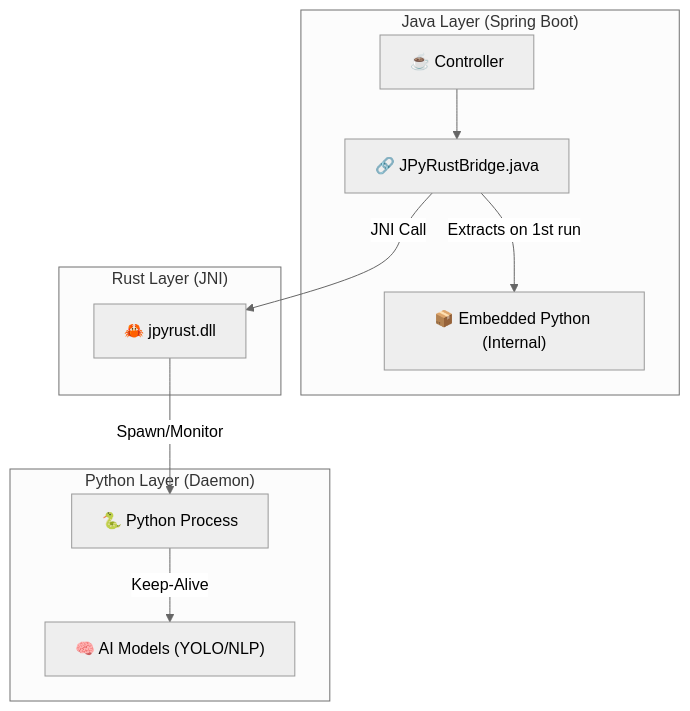
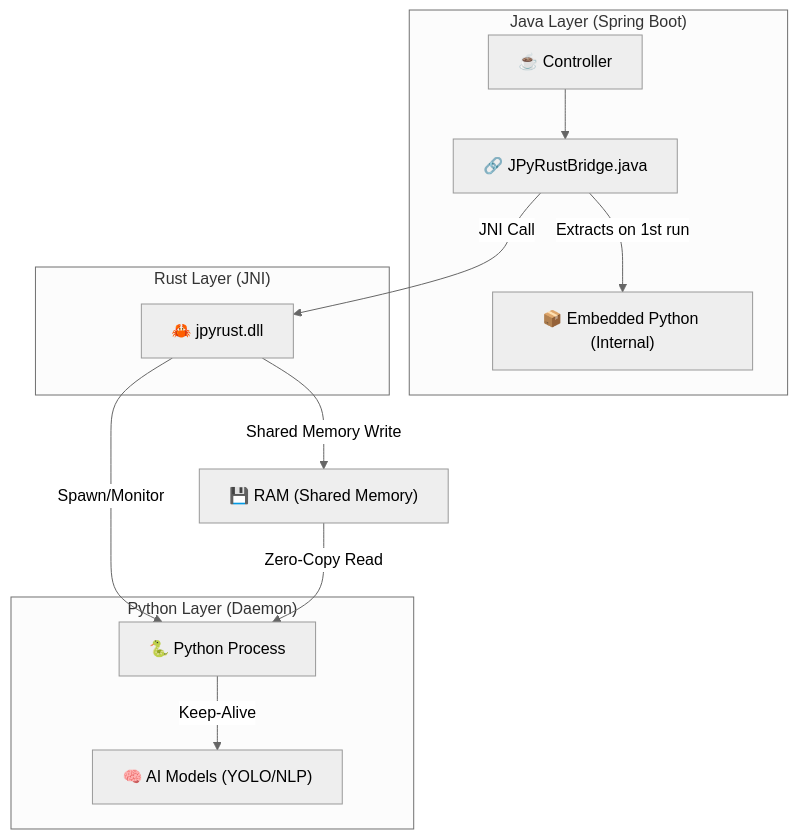
One commit to farmer0010/JPyRust changed the diagram in README.md. Above: the diagram before and after it, drawn with Mermaid (neutral theme). The commit also changed other lines of this file and 6 other files, not shown here.

Commit message:
Feat: Implement Level 1 Shared Memory IPC (v2.1) - Zero-Copy Input

````diff
--- a/README.md
+++ b/README.md
@@ -49,23 +51,25 @@
 ```mermaid
 graph TD
     subgraph "Java Layer (Spring Boot)"
         Controller["☕ Controller"]
         JavaBridge["🔗 JPyRustBridge.java"]
         Dist["📦 Embedded Python (Internal)"]
     end
 
     subgraph "Rust Layer (JNI)"
         RustBridge["🦀 jpyrust.dll"]
     end
 
     subgraph "Python Layer (Daemon)"
         Daemon["🐍 Python Process"]
         Models["🧠 AI Models (YOLO/NLP)"]
     end
 
     Controller --> JavaBridge
     JavaBridge -- "Extracts on 1st run" --> Dist
     JavaBridge -- "JNI Call" --> RustBridge
     RustBridge -- "Spawn/Monitor" --> Daemon
+    RustBridge -- "Shared Memory Write" --> RAM["💾 RAM (Shared Memory)"]
+    RAM -- "Zero-Copy Read" --> Daemon
     Daemon -- "Keep-Alive" --> Models
 ```
````
